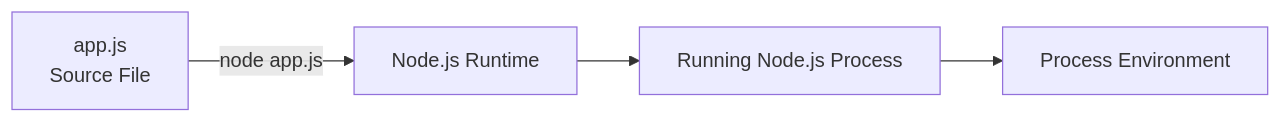
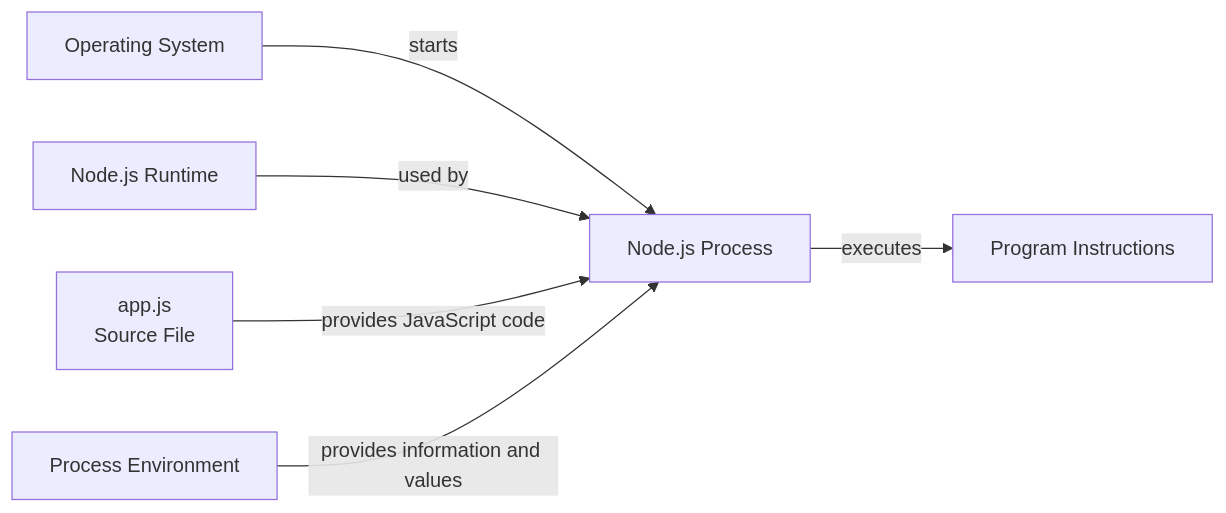
The first of 3 diagrams in docs/en/nodejs/environment/2_level/2_level_environment.md (Rokiis1/Teaching-Materia), drawn with Mermaid before and after one commit. The commit also changed other lines of this file and 6 other files, not shown here.

````diff
--- a/docs/en/nodejs/environment/2_level/2_level_environment.md
+++ b/docs/en/nodejs/environment/2_level/2_level_environment.md
@@ -18,6 +20,8 @@
 ```mermaid
 flowchart LR
-    A[app.js<br/>Source File] -->|node app.js| B[Node.js Runtime]
-    B --> C[Running Node.js Process]
-    C --> D[Process Environment]
+    A[Operating System] -->|starts| B[Node.js Process]
+    C[Node.js Runtime] -->|used by| B
+    D[app.js<br/>Source File] -->|provides JavaScript code| B
+    E[Process Environment] -->|provides information and values| B
+    B -->|executes| F[Program Instructions]
 ```
````
